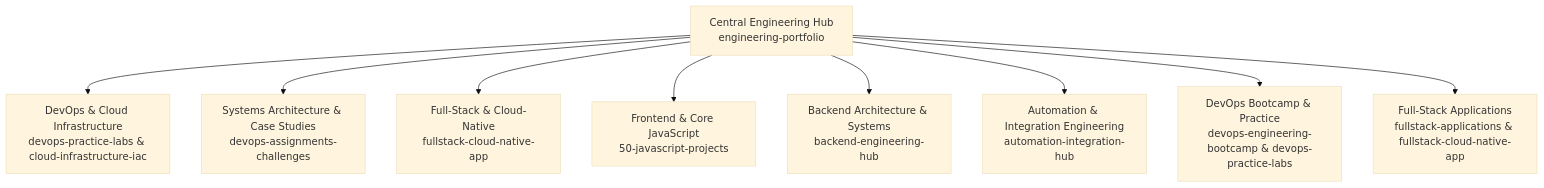
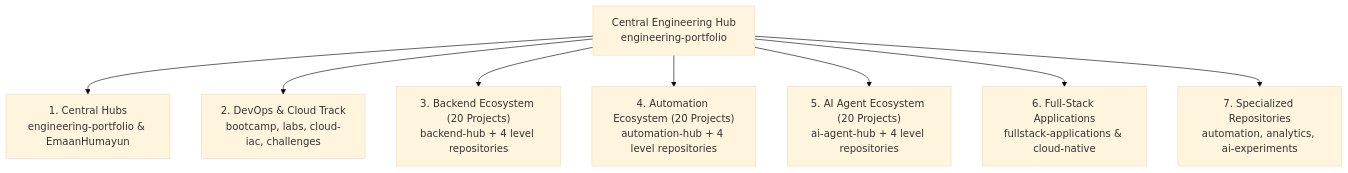
The diagram in README.md (EmaanHumayun/engineering-portfolio), drawn with Mermaid (base theme) before and after one commit. The commit also changed other lines of this file and 1 other file, not shown here.

Commit message:
docs: align central portfolio hub with 7 core engineering pillars, pinned flagships, and universal git workflow

````diff
--- a/README.md
+++ b/README.md
@@ -15,22 +40,20 @@
 ```mermaid
 flowchart TD
     HUB["Central Engineering Hub<br/>engineering-portfolio"]
 
-    D1["DevOps & Cloud Infrastructure<br/>devops-practice-labs & cloud-infrastructure-iac"]
-    D2["Systems Architecture & Case Studies<br/>devops-assignments-challenges"]
-    D3["Full-Stack & Cloud-Native<br/>fullstack-cloud-native-app"]
-    D4["Frontend & Core JavaScript<br/>50-javascript-projects"]
-    D5["Backend Architecture & Systems<br/>backend-engineering-hub"]
-    D6["Automation & Integration Engineering<br/>automation-integration-hub"]
-    D7["DevOps Bootcamp & Practice<br/>devops-engineering-bootcamp & devops-practice-labs"]
-    D8["Full-Stack Applications<br/>fullstack-applications & fullstack-cloud-native-app"]
+    P1["1. Central Hubs<br/>engineering-portfolio & EmaanHumayun"]
+    P2["2. DevOps & Cloud Track<br/>bootcamp, labs, cloud-iac, challenges"]
+    P3["3. Backend Ecosystem (20 Projects)<br/>backend-hub + 4 level repositories"]
+    P4["4. Automation Ecosystem (20 Projects)<br/>automation-hub + 4 level repositories"]
+    P5["5. AI Agent Ecosystem (20 Projects)<br/>ai-agent-hub + 4 level repositories"]
+    P6["6. Full-Stack Applications<br/>fullstack-applications & cloud-native"]
+    P7["7. Specialized Repositories<br/>automation, analytics, ai-experiments"]
 
-    HUB --> D1
-    HUB --> D2
-    HUB --> D3
-    HUB --> D4
-    HUB --> D5
-    HUB --> D6
-    HUB --> D7
-    HUB --> D8
+    HUB --> P1
+    HUB --> P2
+    HUB --> P3
+    HUB --> P4
+    HUB --> P5
+    HUB --> P6
+    HUB --> P7
 ```
````
